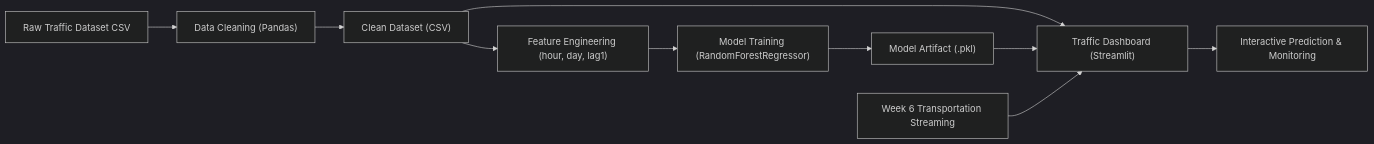
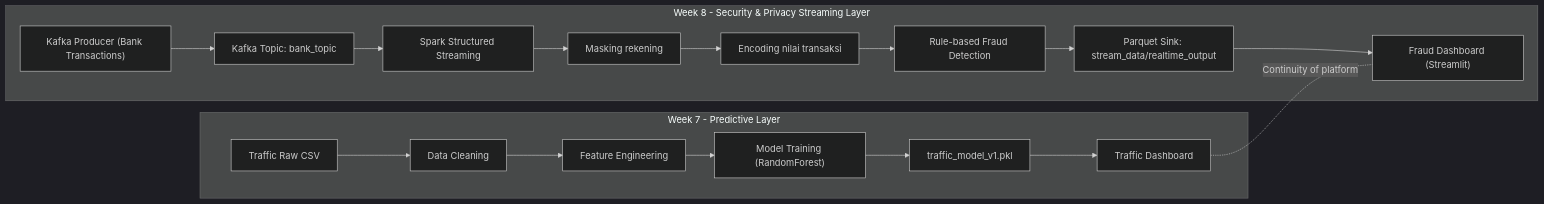
One commit to mkaspulanwar/p8_bigdata_RealTime_FraudDetection changed the diagram in README.md. Above: the diagram before and after it, drawn with Mermaid (dark theme). The commit also changed other lines of this file and 1 other file, not shown here.

````diff
--- a/README.md
+++ b/README.md
@@ -43,13 +78,22 @@
 ```mermaid
 flowchart LR
-    A["Raw Traffic Dataset CSV"] --> B["Data Cleaning (Pandas)"]
-    B --> C["Clean Dataset (CSV)"]
-    C --> D["Feature Engineering (hour, day, lag1)"]
-    D --> E["Model Training (RandomForestRegressor)"]
-    E --> F["Model Artifact (.pkl)"]
-    C --> G["Traffic Dashboard (Streamlit)"]
-    F --> G
-    G --> H["Interactive Prediction & Monitoring"]
+    subgraph W7["Week 7 - Predictive Layer"]
+        A["Traffic Raw CSV"] --> B["Data Cleaning"]
+        B --> C["Feature Engineering"]
+        C --> D["Model Training (RandomForest)"]
+        D --> E["traffic_model_v1.pkl"]
+        E --> F["Traffic Dashboard"]
+    end
 
-    I["Week 6 Transportation Streaming"] --> G
+    subgraph W8["Week 8 - Security & Privacy Streaming Layer"]
+        G["Kafka Producer (Bank Transactions)"] --> H["Kafka Topic: bank_topic"]
+        H --> I["Spark Structured Streaming"]
+        I --> J["Masking rekening"]
+        J --> K["Encoding nilai transaksi"]
+        K --> L["Rule-based Fraud Detection"]
+        L --> M["Parquet Sink: stream_data/realtime_output"]
+        M --> N["Fraud Dashboard (Streamlit)"]
+    end
+
+    F -. "Continuity of platform" .- N
 ```
````
